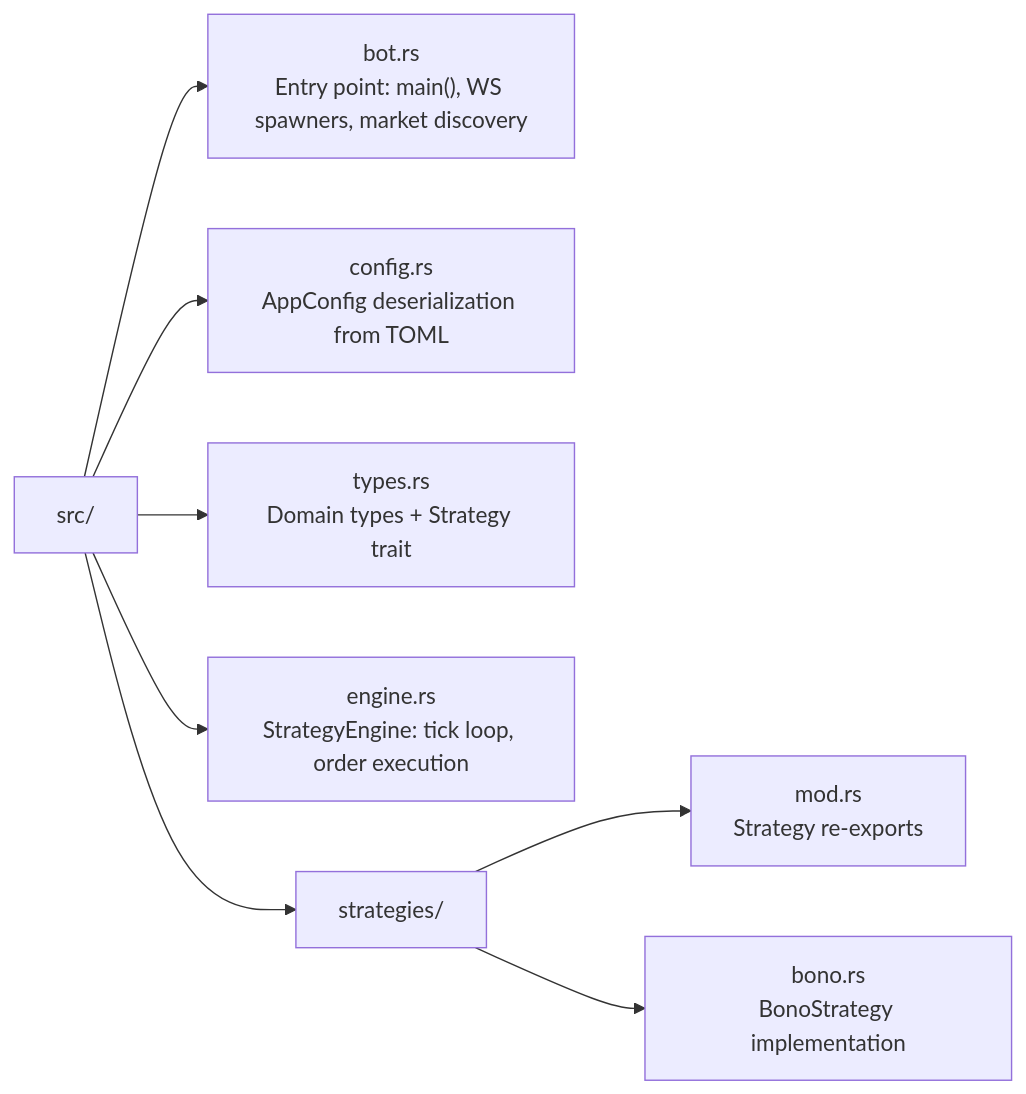
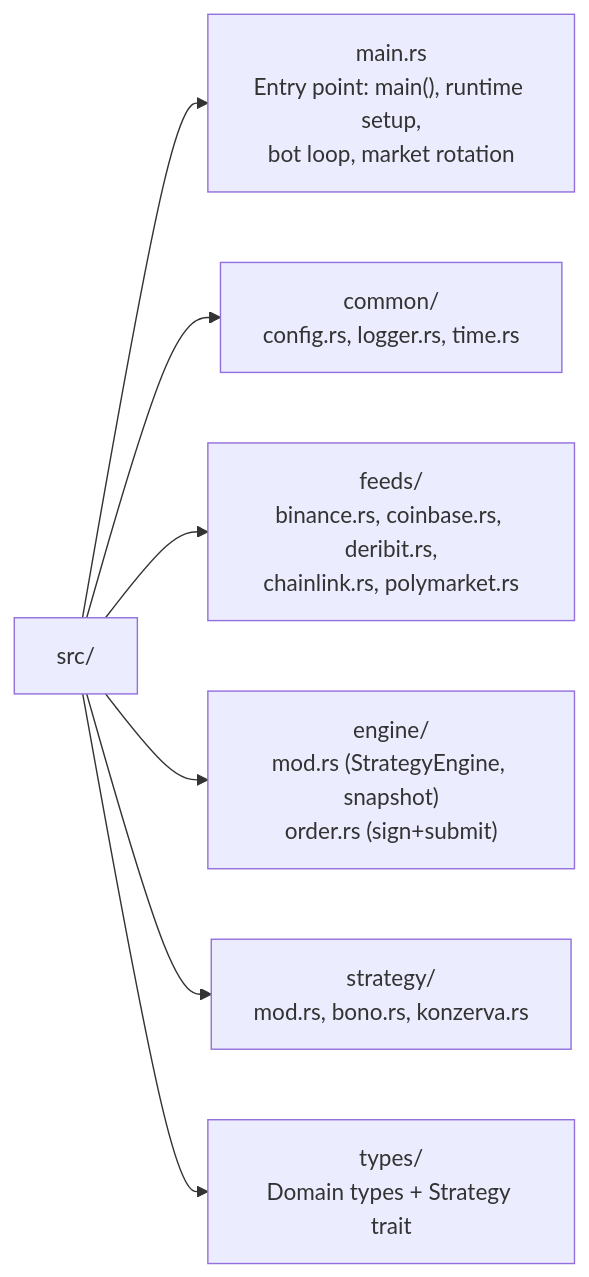
The second of 3 diagrams in docs/ARCHITECTURE.md (bbono/serekes), drawn with Mermaid before and after one commit. The commit also changed other lines of this file and 3 other files, not shown here.

````diff
--- a/docs/ARCHITECTURE.md
+++ b/docs/ARCHITECTURE.md
@@ -63,10 +63,9 @@
 ```mermaid
 graph LR
-    SRC["src/"] --> BOT["bot.rs<br/>Entry point: main(), WS spawners, market discovery"]
-    SRC --> CFG["config.rs<br/>AppConfig deserialization from TOML"]
-    SRC --> TYP["types.rs<br/>Domain types + Strategy trait"]
-    SRC --> ENG["engine.rs<br/>StrategyEngine: tick loop, order execution"]
-    SRC --> STRAT["strategies/"]
-    STRAT --> SMOD["mod.rs<br/>Strategy re-exports"]
-    STRAT --> BONO["bono.rs<br/>BonoStrategy implementation"]
+    SRC["src/"] --> MAIN["main.rs<br/>Entry point: main(), runtime setup,<br/>bot loop, market rotation"]
+    SRC --> COMMON["common/<br/>config.rs, logger.rs, time.rs"]
+    SRC --> FEEDS["feeds/<br/>binance.rs, coinbase.rs, deribit.rs,<br/>chainlink.rs, polymarket.rs"]
+    SRC --> ENG["engine/<br/>mod.rs (StrategyEngine, snapshot)<br/>order.rs (sign+submit)"]
+    SRC --> STRAT["strategy/<br/>mod.rs, bono.rs, konzerva.rs"]
+    SRC --> TYP["types/<br/>Domain types + Strategy trait"]
 ```
````
